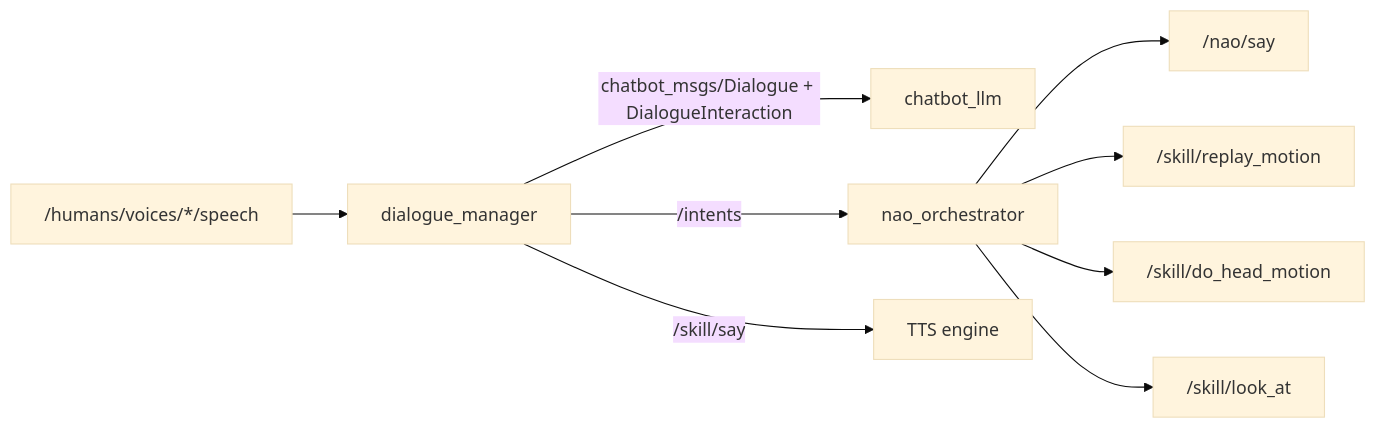
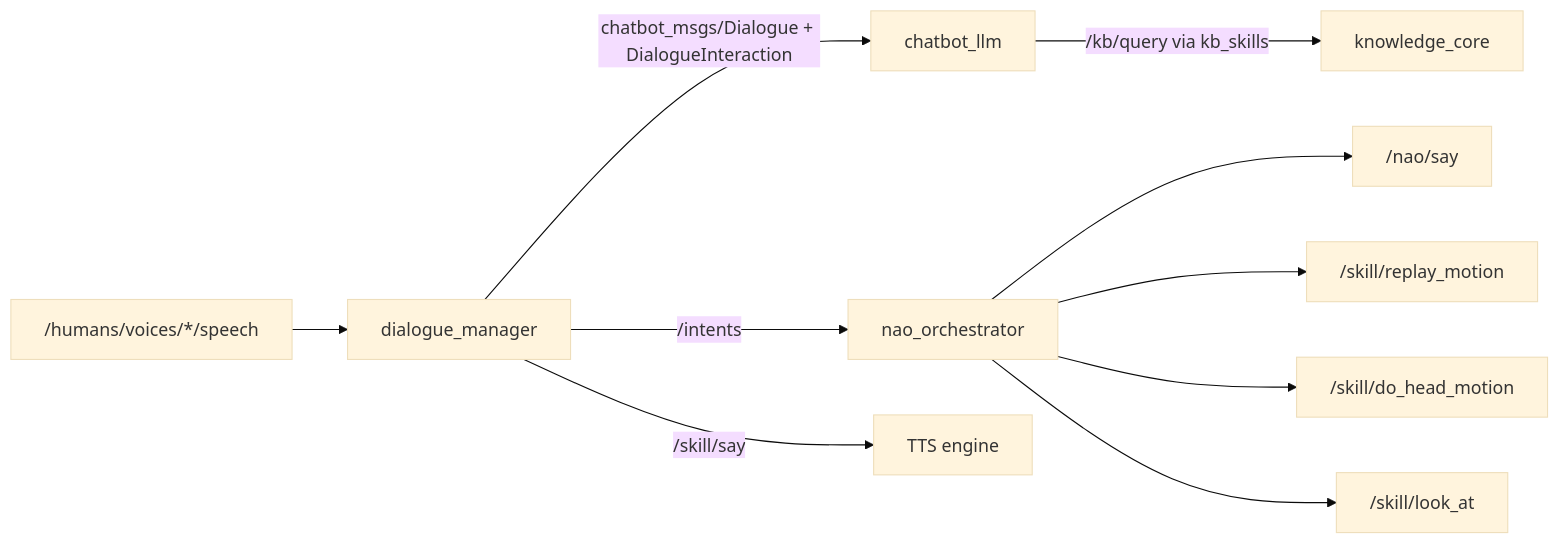
Before and after one commit to ieverythng/nao-ros4hri-bridge: the first of 2 diagrams in docs/node_interactions_map.md, drawn with Mermaid (base theme). The commit also changed other lines of this file and 16 other files, not shown here.

First line of the commit message:
feat: kb_skills package, formalise query_client for chatbot_llm

````diff
--- a/docs/node_interactions_map.md
+++ b/docs/node_interactions_map.md
@@ -24,11 +24,12 @@
 ```mermaid
 graph LR
     Speech["/humans/voices/*/speech"] --> DM["dialogue_manager"]
     DM -->|chatbot_msgs/Dialogue + DialogueInteraction| CB["chatbot_llm"]
+    CB -->|"/kb/query via kb_skills"| KB["knowledge_core"]
     DM -->|/intents| ORCH["nao_orchestrator"]
     ORCH --> SAY["/nao/say"]
     ORCH --> RM["/skill/replay_motion"]
     ORCH --> HM["/skill/do_head_motion"]
     ORCH --> LA["/skill/look_at"]
     DM -->|/skill/say| TTS["TTS engine"]
 ```
````
